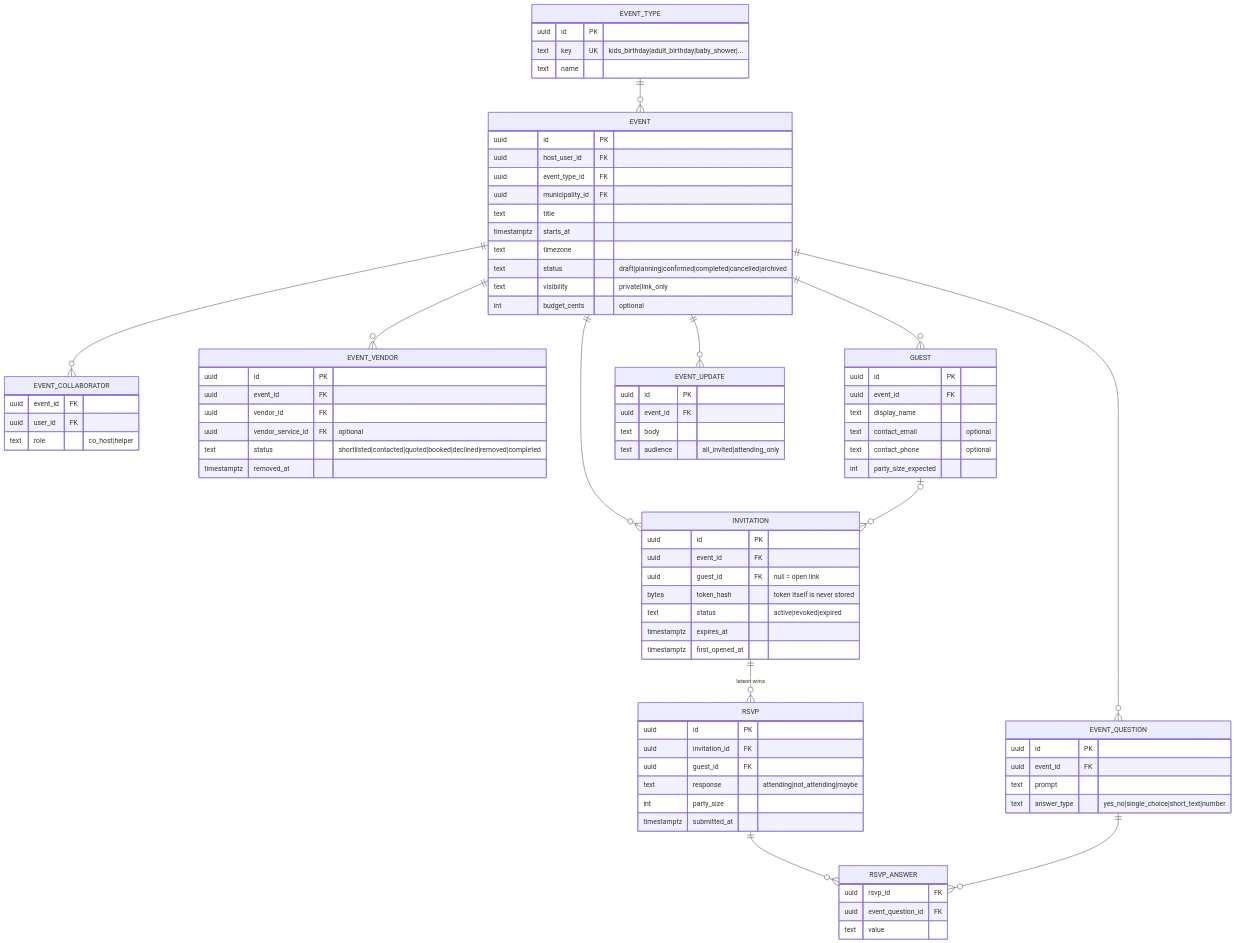
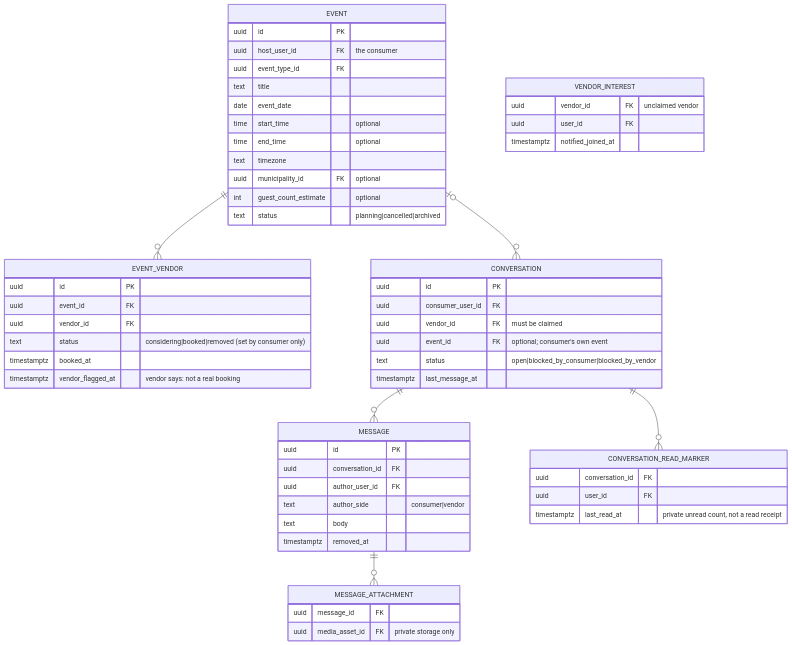
The fourth of 6 diagrams in docs/B-domain-and-data-model.md (supportlocalites/betalocalites), drawn with Mermaid before and after one commit. The commit also changed other lines of this file and 19 other files, not shown here.

````diff
--- a/docs/B-domain-and-data-model.md
+++ b/docs/B-domain-and-data-model.md
@@ -195,86 +169,58 @@
 erDiagram
     EVENT {
         uuid id PK
-        uuid host_user_id FK
+        uuid host_user_id FK "the consumer"
         uuid event_type_id FK
-        uuid municipality_id FK
         text title
-        timestamptz starts_at
+        date event_date
+        time start_time "optional"
+        time end_time "optional"
         text timezone
-        text status "draft|planning|confirmed|completed|cancelled|archived"
-        text visibility "private|link_only"
-        int  budget_cents "optional"
-    }
-    EVENT_TYPE {
-        uuid id PK
-        text key UK "kids_birthday|adult_birthday|baby_shower|..."
-        text name
-    }
-    EVENT_COLLABORATOR {
-        uuid event_id FK
-        uuid user_id FK
-        text role "co_host|helper"
+        uuid municipality_id FK "optional"
+        int  guest_count_estimate "optional"
+        text status "planning|cancelled|archived"
     }
     EVENT_VENDOR {
         uuid id PK
         uuid event_id FK
         uuid vendor_id FK
-        uuid vendor_service_id FK "optional"
-        text status "shortlisted|contacted|quoted|booked|declined|removed|completed"
+        text status "considering|booked|removed  (set by consumer only)"
+        timestamptz booked_at
+        timestamptz vendor_flagged_at "vendor says: not a real booking"
+    }
+    CONVERSATION {
+        uuid id PK
+        uuid consumer_user_id FK
+        uuid vendor_id FK "must be claimed"
+        uuid event_id FK "optional; consumer's own event"
+        text status "open|blocked_by_consumer|blocked_by_vendor"
+        timestamptz last_message_at
+    }
+    MESSAGE {
+        uuid id PK
+        uuid conversation_id FK
+        uuid author_user_id FK
+        text author_side "consumer|vendor"
+        text body
         timestamptz removed_at
     }
-    GUEST {
-        uuid id PK
-        uuid event_id FK
-        text display_name
-        text contact_email "optional"
-        text contact_phone "optional"
-        int  party_size_expected
+    MESSAGE_ATTACHMENT {
+        uuid message_id FK
+        uuid media_asset_id FK "private storage only"
     }
-    INVITATION {
-        uuid id PK
-        uuid event_id FK
-        uuid guest_id FK "null = open link"
-        bytea token_hash "token itself is never stored"
-        text status "active|revoked|expired"
-        timestamptz expires_at
-        timestamptz first_opened_at
+    CONVERSATION_READ_MARKER {
+        uuid conversation_id FK
+        uuid user_id FK
+        timestamptz last_read_at "private unread count, not a read receipt"
     }
-    EVENT_QUESTION {
-        uuid id PK
-        uuid event_id FK
-        text prompt
-        text answer_type "yes_no|single_choice|short_text|number"
+    VENDOR_INTEREST {
+        uuid vendor_id FK "unclaimed vendor"
+        uuid user_id FK
+        timestamptz notified_joined_at
     }
-    RSVP {
-        uuid id PK
-        uuid invitation_id FK
-        uuid guest_id FK
-        text response "attending|not_attending|maybe"
-        int  party_size
-        timestamptz submitted_at
-    }
-    RSVP_ANSWER {
-        uuid rsvp_id FK
-        uuid event_question_id FK
-        text value
-    }
-    EVENT_UPDATE {
-        uuid id PK
-        uuid event_id FK
-        text body
-        text audience "all_invited|attending_only"
-    }
-
-    EVENT_TYPE ||--o{ EVENT : ""
-    EVENT ||--o{ EVENT_COLLABORATOR : ""
     EVENT ||--o{ EVENT_VENDOR : ""
-    EVENT ||--o{ GUEST : ""
-    EVENT ||--o{ INVITATION : ""
-    GUEST |o--o{ INVITATION : ""
-    EVENT ||--o{ EVENT_QUESTION : ""
-    INVITATION ||--o{ RSVP : "latest wins"
-    RSVP ||--o{ RSVP_ANSWER : ""
-    EVENT_QUESTION ||--o{ RSVP_ANSWER : ""
-    EVENT ||--o{ EVENT_UPDATE : ""
+    EVENT |o--o{ CONVERSATION : ""
+    CONVERSATION ||--o{ MESSAGE : ""
+    MESSAGE ||--o{ MESSAGE_ATTACHMENT : ""
+    CONVERSATION ||--o{ CONVERSATION_READ_MARKER : ""
 ```
````
